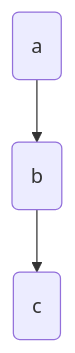
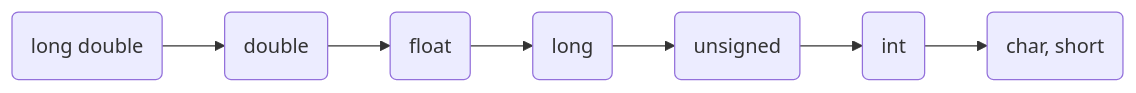
Before and after one commit to MATBckh22/MATB-STUDIOS: the diagram in README.md, drawn with Mermaid. The commit also changed other lines of this file, not shown here.

````diff
--- a/README.md
+++ b/README.md
@@ -350,5 +352,9 @@
 ```mermaid
-flowchart TD;
-id1(a)-->id2(b)
-id2(b)-->id3(c)
+flowchart LR;
+id1(long double)-->id2(double)
+id2(double)-->id3(float)
+id3(float)-->id4(long)
+id4(long)-->id5(unsigned)
+id5(unsigned)-->id6(int)
+id6(int)-->id7(char, short)
 ```
````
